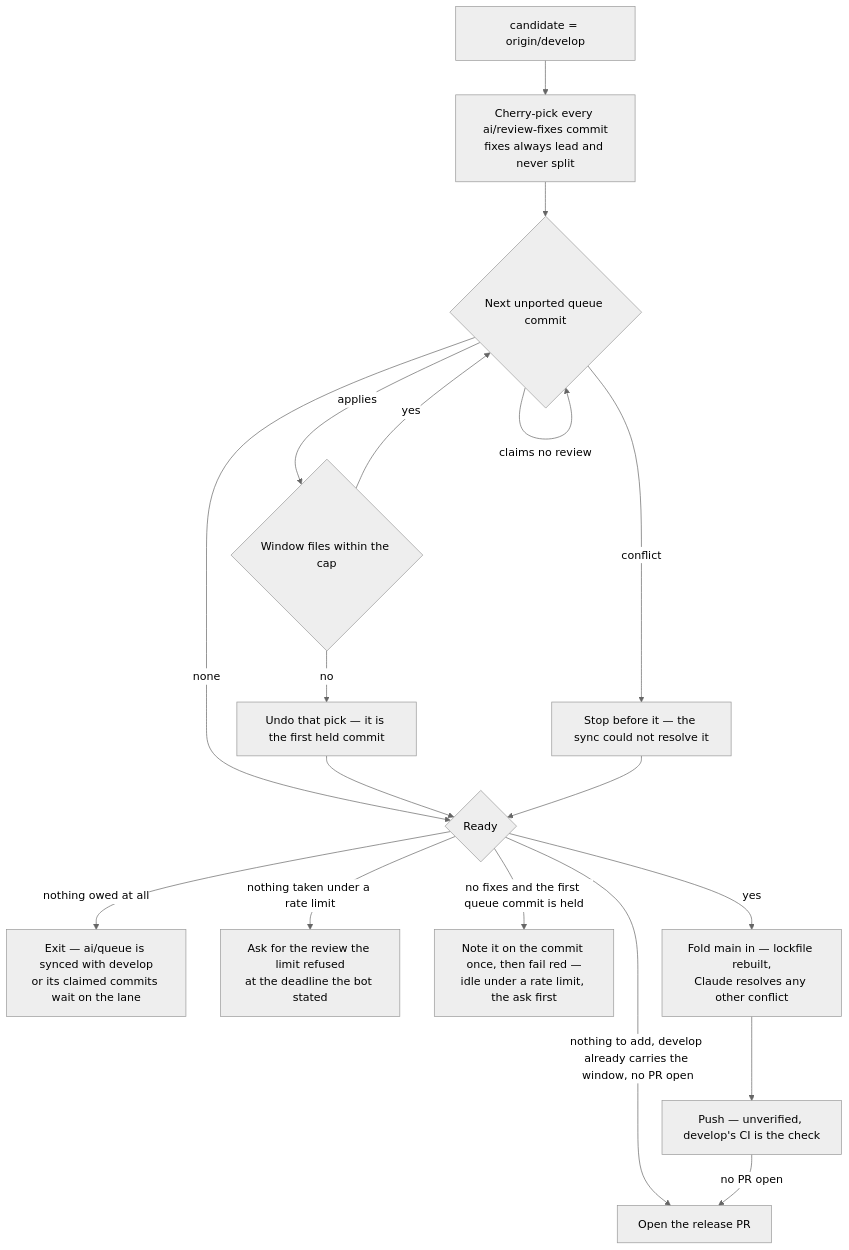
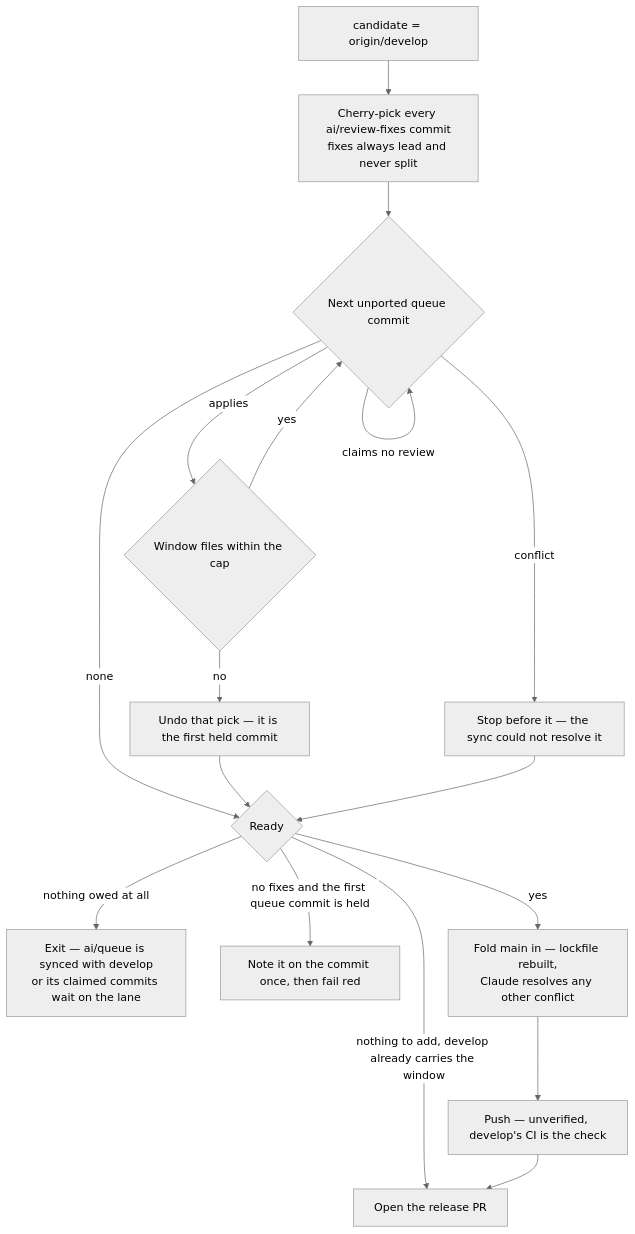
The third of 3 diagrams in apps/web/content/docs/infra/review-collector/collection-cycle.md (Esposter/Esposter), drawn with Mermaid (neutral theme) before and after one commit. The commit also changed other lines of this file and 15 other files, not shown here.

Commit message:
docs(review-collector): one review per release, merged on completion, findings drained after

````diff
--- a/apps/web/content/docs/infra/review-collector/collection-cycle.md
+++ b/apps/web/content/docs/infra/review-collector/collection-cycle.md
@@ -140,19 +96,18 @@
 ```mermaid
 flowchart TD
   C[candidate = origin/develop] --> FX[Cherry-pick every ai/review-fixes commit<br/>fixes always lead and never split]
   FX --> Q{Next unported queue commit}
   Q -->|claims no review| Q
   Q -->|none| RD
   Q -->|conflict| H[Stop before it — the sync could not resolve it]
   Q -->|applies| M{Window files within the cap}
   M -->|yes| Q
   M -->|no| U[Undo that pick — it is the first held commit]
   U --> RD
   H --> RD{Ready}
   RD -->|nothing owed at all| N[Exit — ai/queue is synced with develop<br/>or its claimed commits wait on the lane]
-  RD -->|nothing taken under a rate limit| AK[Ask for the review the limit refused<br/>at the deadline the bot stated]
-  RD -->|no fixes and the first queue commit is held| F[Note it on the commit once, then fail red —<br/>idle under a rate limit, the ask first]
-  RD -->|nothing to add, develop already carries the window, no PR open| OP[Open the release PR]
+  RD -->|no fixes and the first queue commit is held| F[Note it on the commit once, then fail red]
+  RD -->|nothing to add, develop already carries the window| OP[Open the release PR]
   RD -->|yes| FM[Fold main in — lockfile rebuilt,<br/>Claude resolves any other conflict] --> P[Push — unverified, develop's CI is the check]
-  P -->|no PR open| OP
+  P --> OP
 ```
````
